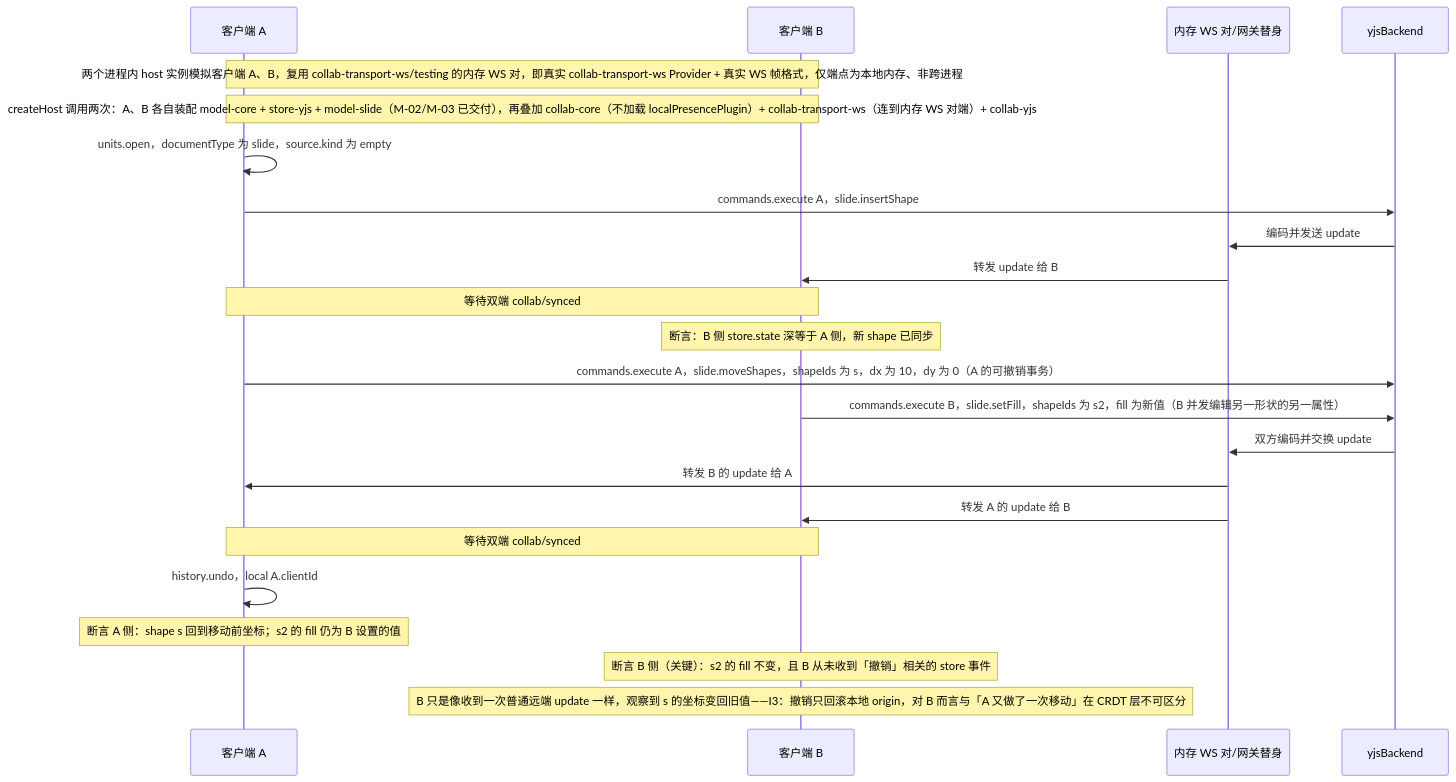
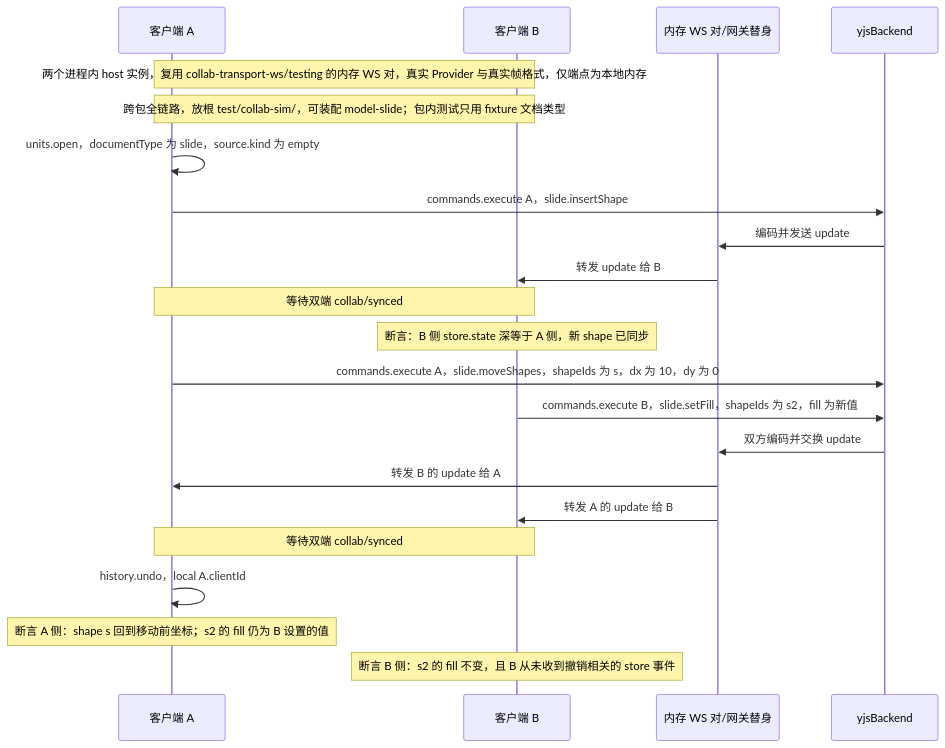
One commit to Xeonice/cordis-ppt-editor changed the sixth of 6 diagrams in docs/40-modules/05-collaboration-client.md. Above: the diagram before and after it, drawn with Mermaid. The commit also changed other lines of this file and 79 other files, not shown here.

````diff
--- a/docs/40-modules/05-collaboration-client.md
+++ b/docs/40-modules/05-collaboration-client.md
@@ -920,25 +746,24 @@
 ```mermaid
 sequenceDiagram
     participant a as 客户端 A
     participant b as 客户端 B
     participant ws as 内存 WS 对/网关替身
     participant yjs as yjsBackend
-    Note over a,b: 两个进程内 host 实例模拟客户端 A、B，复用 collab-transport-ws/testing 的内存 WS 对，即真实 collab-transport-ws Provider + 真实 WS 帧格式，仅端点为本地内存、非跨进程
-    Note over a,b: createHost 调用两次：A、B 各自装配 model-core + store-yjs + model-slide（M-02/M-03 已交付），再叠加 collab-core（不加载 localPresencePlugin）+ collab-transport-ws（连到内存 WS 对端）+ collab-yjs
+    Note over a,b: 两个进程内 host 实例，复用 collab-transport-ws/testing 的内存 WS 对，真实 Provider 与真实帧格式，仅端点为本地内存
+    Note over a,b: 跨包全链路，放根 test/collab-sim/，可装配 model-slide；包内测试只用 fixture 文档类型
     a->>a: units.open，documentType 为 slide，source.kind 为 empty
     a->>yjs: commands.execute A，slide.insertShape
     yjs->>ws: 编码并发送 update
     ws->>b: 转发 update 给 B
     Note over a,b: 等待双端 collab/synced
     Note over b: 断言：B 侧 store.state 深等于 A 侧，新 shape 已同步
-    a->>yjs: commands.execute A，slide.moveShapes，shapeIds 为 s，dx 为 10，dy 为 0（A 的可撤销事务）
-    b->>yjs: commands.execute B，slide.setFill，shapeIds 为 s2，fill 为新值（B 并发编辑另一形状的另一属性）
+    a->>yjs: commands.execute A，slide.moveShapes，shapeIds 为 s，dx 为 10，dy 为 0
+    b->>yjs: commands.execute B，slide.setFill，shapeIds 为 s2，fill 为新值
     yjs->>ws: 双方编码并交换 update
     ws->>a: 转发 B 的 update 给 A
     ws->>b: 转发 A 的 update 给 B
     Note over a,b: 等待双端 collab/synced
     a->>a: history.undo，local A.clientId
     Note over a: 断言 A 侧：shape s 回到移动前坐标；s2 的 fill 仍为 B 设置的值
-    Note over b: 断言 B 侧（关键）：s2 的 fill 不变，且 B 从未收到「撤销」相关的 store 事件
-    Note over b: B 只是像收到一次普通远端 update 一样，观察到 s 的坐标变回旧值——I3：撤销只回滚本地 origin，对 B 而言与「A 又做了一次移动」在 CRDT 层不可区分
+    Note over b: 断言 B 侧：s2 的 fill 不变，且 B 从未收到撤销相关的 store 事件
 ```
````
